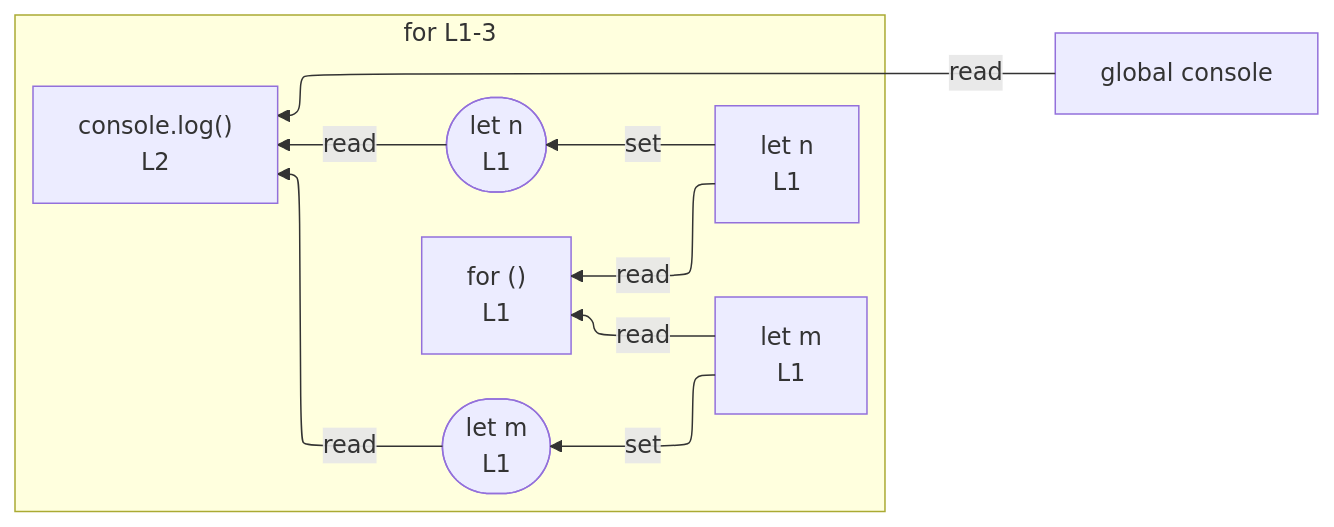
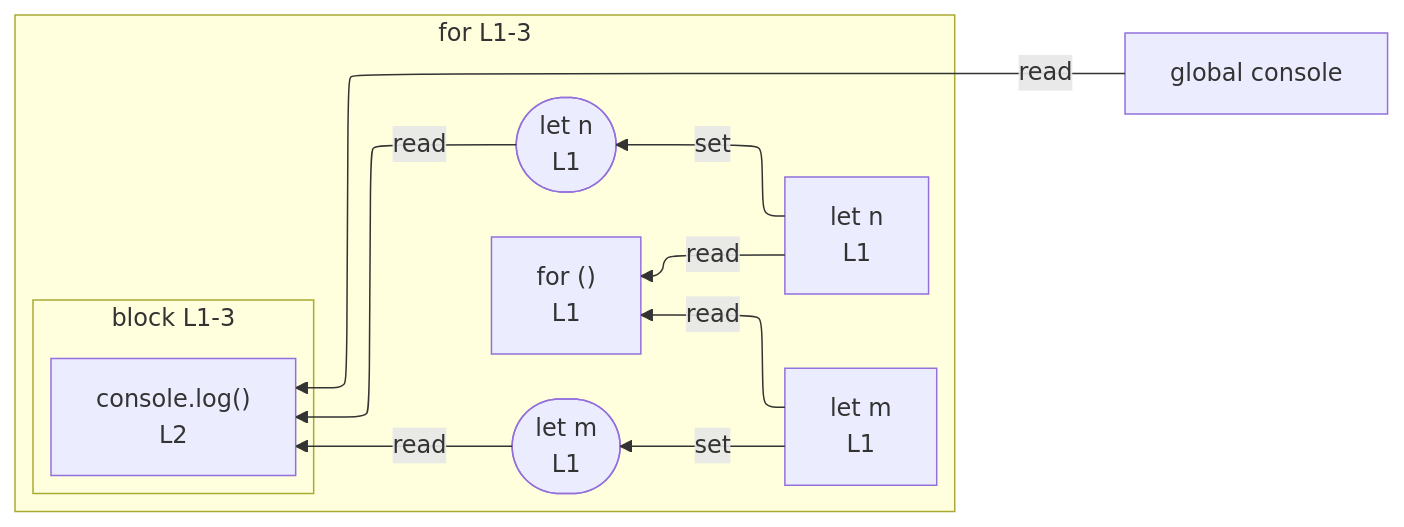
One commit to crescware/unsnarl changed the diagram in integration/fixtures/iteration-statement/classic-for/multiple-declarators/preview.md. Above: the diagram before and after it, drawn with Mermaid. The commit also changed 106 other files, not shown here.

````diff
--- a/integration/fixtures/iteration-statement/classic-for/multiple-declarators/preview.md
+++ b/integration/fixtures/iteration-statement/classic-for/multiple-declarators/preview.md
@@ -13,21 +13,24 @@
 ```mermaid
 %%{init: {"flowchart": {"defaultRenderer": "elk"}}}%%
 flowchart RL
   n_scope_0_console_45["global console"]
   subgraph s_scope_1["for L1-3"]
     direction RL
     for_test_scope_0_0["for ()<br/>L1"]
     n_scope_1_m_9["let m<br/>L1"]
     n_scope_1_n_16["let n<br/>L1"]
     wr_ref_4(["let m<br/>L1"])
     wr_ref_5(["let n<br/>L1"])
-    expr_stmt_45["console.log()<br/>L2"]
+    subgraph s_scope_2["block L1-3"]
+      direction RL
+      expr_stmt_45["console.log()<br/>L2"]
+    end
   end
   n_scope_1_m_9 -->|set| wr_ref_4
   n_scope_1_n_16 -->|set| wr_ref_5
   n_scope_1_m_9 -->|read| for_test_scope_0_0
   n_scope_1_n_16 -->|read| for_test_scope_0_0
   n_scope_0_console_45 -->|read| expr_stmt_45
   wr_ref_4 -->|read| expr_stmt_45
   wr_ref_5 -->|read| expr_stmt_45
 ```
````
